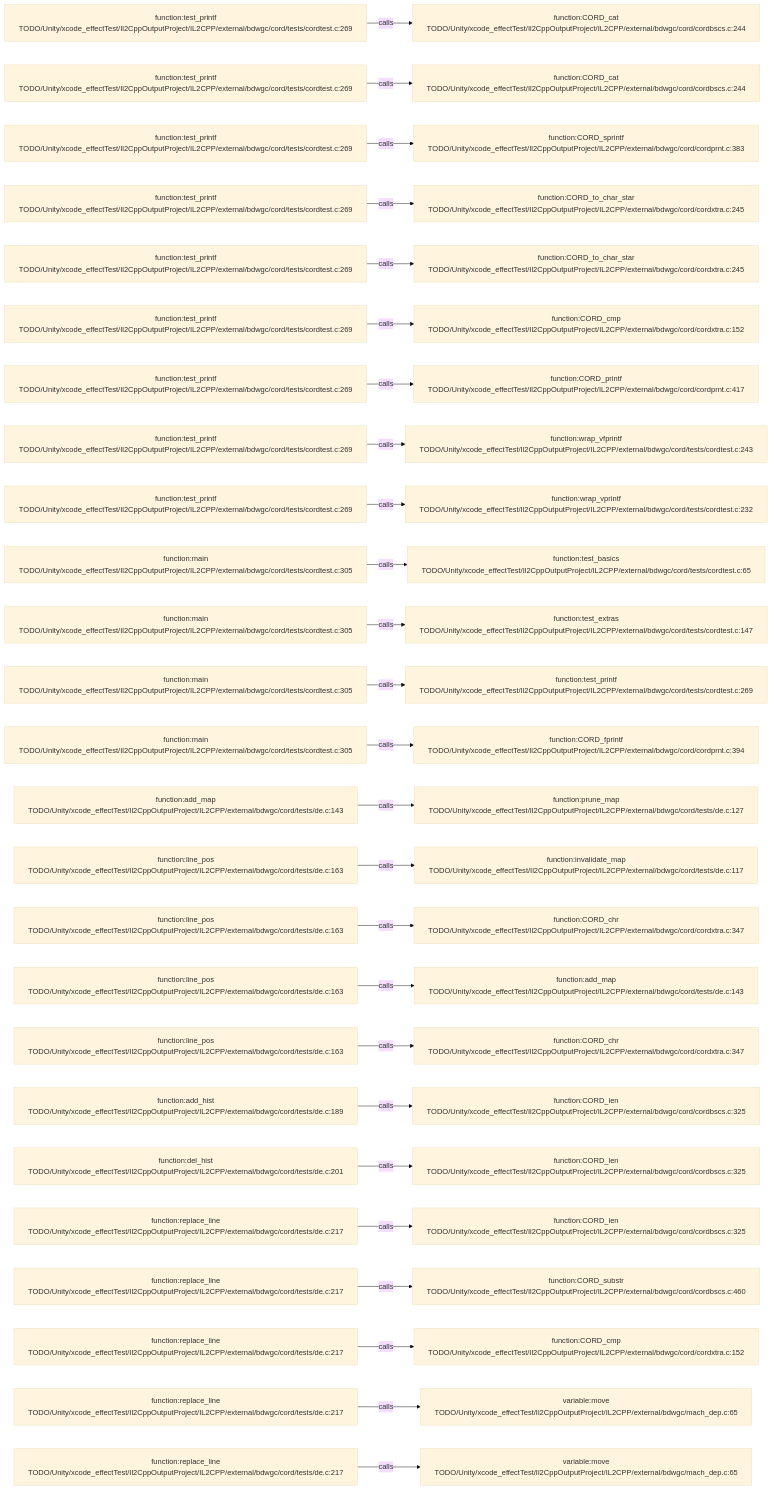
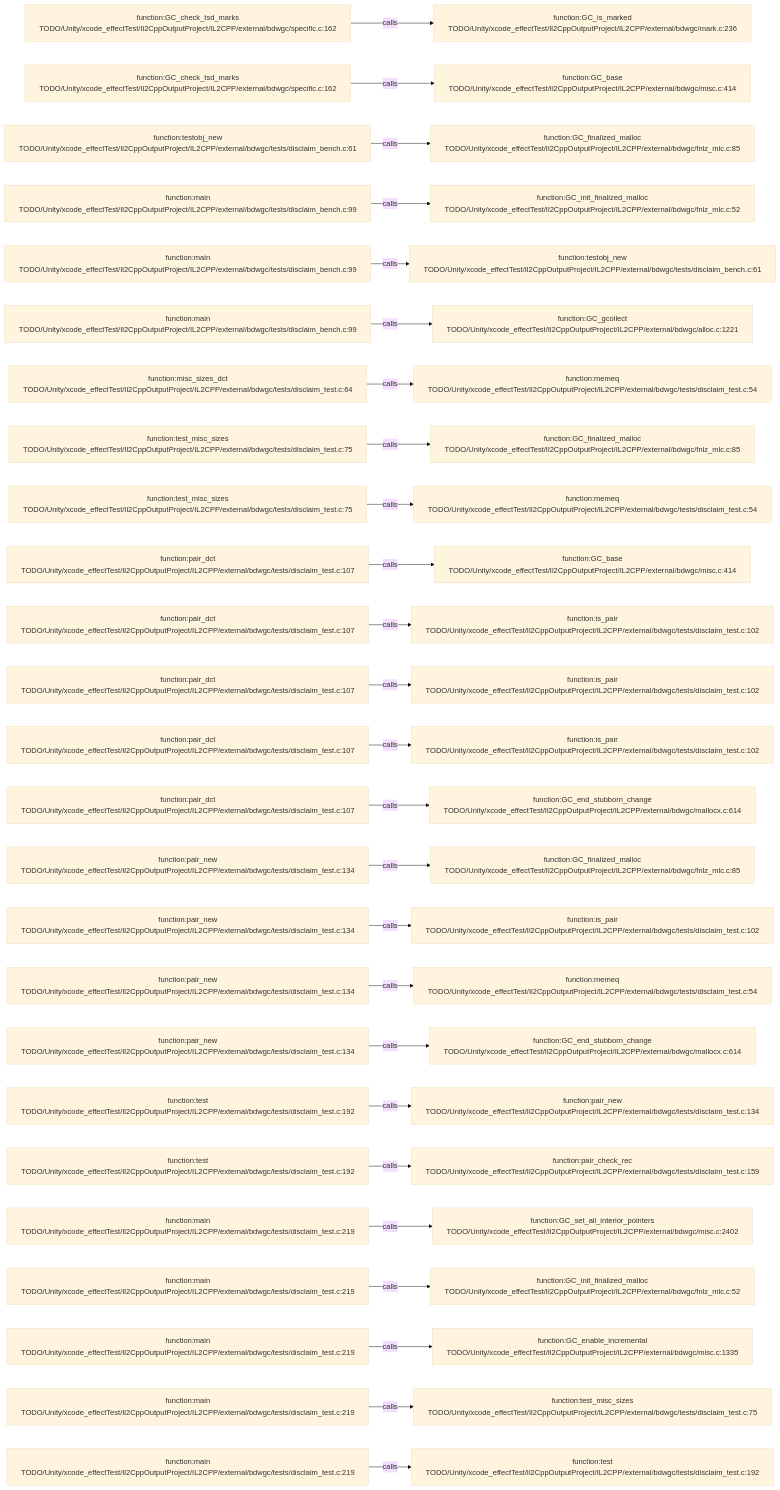
Before and after one commit to JobsKits/JobsSwiftBaseConfigDemo: the diagram in .codegraph/codegraph.md/graphs/calls-159.md, drawn with Mermaid (base theme). The commit also changed 227 other files, not shown here.

````diff
--- a/.codegraph/codegraph.md/graphs/calls-159.md
+++ b/.codegraph/codegraph.md/graphs/calls-159.md
@@ -13,78 +13,78 @@
 ```mermaid
 flowchart LR
-  S1["function:test_printf<br/>TODO/Unity/xcode_effectTest/Il2CppOutputProject/IL2CPP/external/bdwgc/cord/tests/cordtest.c:269"]
-  T1["function:CORD_cat<br/>TODO/Unity/xcode_effectTest/Il2CppOutputProject/IL2CPP/external/bdwgc/cord/cordbscs.c:244"]
+  S1["function:GC_check_tsd_marks<br/>TODO/Unity/xcode_effectTest/Il2CppOutputProject/IL2CPP/external/bdwgc/specific.c:162"]
+  T1["function:GC_is_marked<br/>TODO/Unity/xcode_effectTest/Il2CppOutputProject/IL2CPP/external/bdwgc/mark.c:236"]
   S1 -->|calls| T1
-  S2["function:test_printf<br/>TODO/Unity/xcode_effectTest/Il2CppOutputProject/IL2CPP/external/bdwgc/cord/tests/cordtest.c:269"]
-  T2["function:CORD_cat<br/>TODO/Unity/xcode_effectTest/Il2CppOutputProject/IL2CPP/external/bdwgc/cord/cordbscs.c:244"]
+  S2["function:GC_check_tsd_marks<br/>TODO/Unity/xcode_effectTest/Il2CppOutputProject/IL2CPP/external/bdwgc/specific.c:162"]
+  T2["function:GC_base<br/>TODO/Unity/xcode_effectTest/Il2CppOutputProject/IL2CPP/external/bdwgc/misc.c:414"]
   S2 -->|calls| T2
-  S3["function:test_printf<br/>TODO/Unity/xcode_effectTest/Il2CppOutputProject/IL2CPP/external/bdwgc/cord/tests/cordtest.c:269"]
-  T3["function:CORD_sprintf<br/>TODO/Unity/xcode_effectTest/Il2CppOutputProject/IL2CPP/external/bdwgc/cord/cordprnt.c:383"]
+  S3["function:testobj_new<br/>TODO/Unity/xcode_effectTest/Il2CppOutputProject/IL2CPP/external/bdwgc/tests/disclaim_bench.c:61"]
+  T3["function:GC_finalized_malloc<br/>TODO/Unity/xcode_effectTest/Il2CppOutputProject/IL2CPP/external/bdwgc/fnlz_mlc.c:85"]
   S3 -->|calls| T3
-  S4["function:test_printf<br/>TODO/Unity/xcode_effectTest/Il2CppOutputProject/IL2CPP/external/bdwgc/cord/tests/cordtest.c:269"]
-  T4["function:CORD_to_char_star<br/>TODO/Unity/xcode_effectTest/Il2CppOutputProject/IL2CPP/external/bdwgc/cord/cordxtra.c:245"]
+  S4["function:main<br/>TODO/Unity/xcode_effectTest/Il2CppOutputProject/IL2CPP/external/bdwgc/tests/disclaim_bench.c:99"]
+  T4["function:GC_init_finalized_malloc<br/>TODO/Unity/xcode_effectTest/Il2CppOutputProject/IL2CPP/external/bdwgc/fnlz_mlc.c:52"]
   S4 -->|calls| T4
-  S5["function:test_printf<br/>TODO/Unity/xcode_effectTest/Il2CppOutputProject/IL2CPP/external/bdwgc/cord/tests/cordtest.c:269"]
-  T5["function:CORD_to_char_star<br/>TODO/Unity/xcode_effectTest/Il2CppOutputProject/IL2CPP/external/bdwgc/cord/cordxtra.c:245"]
+  S5["function:main<br/>TODO/Unity/xcode_effectTest/Il2CppOutputProject/IL2CPP/external/bdwgc/tests/disclaim_bench.c:99"]
+  T5["function:testobj_new<br/>TODO/Unity/xcode_effectTest/Il2CppOutputProject/IL2CPP/external/bdwgc/tests/disclaim_bench.c:61"]
   S5 -->|calls| T5
-  S6["function:test_printf<br/>TODO/Unity/xcode_effectTest/Il2CppOutputProject/IL2CPP/external/bdwgc/cord/tests/cordtest.c:269"]
-  T6["function:CORD_cmp<br/>TODO/Unity/xcode_effectTest/Il2CppOutputProject/IL2CPP/external/bdwgc/cord/cordxtra.c:152"]
+  S6["function:main<br/>TODO/Unity/xcode_effectTest/Il2CppOutputProject/IL2CPP/external/bdwgc/tests/disclaim_bench.c:99"]
+  T6["function:GC_gcollect<br/>TODO/Unity/xcode_effectTest/Il2CppOutputProject/IL2CPP/external/bdwgc/alloc.c:1221"]
   S6 -->|calls| T6
-  S7["function:test_printf<br/>TODO/Unity/xcode_effectTest/Il2CppOutputProject/IL2CPP/external/bdwgc/cord/tests/cordtest.c:269"]
-  T7["function:CORD_printf<br/>TODO/Unity/xcode_effectTest/Il2CppOutputProject/IL2CPP/external/bdwgc/cord/cordprnt.c:417"]
+  S7["function:misc_sizes_dct<br/>TODO/Unity/xcode_effectTest/Il2CppOutputProject/IL2CPP/external/bdwgc/tests/disclaim_test.c:64"]
+  T7["function:memeq<br/>TODO/Unity/xcode_effectTest/Il2CppOutputProject/IL2CPP/external/bdwgc/tests/disclaim_test.c:54"]
   S7 -->|calls| T7
-  S8["function:test_printf<br/>TODO/Unity/xcode_effectTest/Il2CppOutputProject/IL2CPP/external/bdwgc/cord/tests/cordtest.c:269"]
-  T8["function:wrap_vfprintf<br/>TODO/Unity/xcode_effectTest/Il2CppOutputProject/IL2CPP/external/bdwgc/cord/tests/cordtest.c:243"]
+  S8["function:test_misc_sizes<br/>TODO/Unity/xcode_effectTest/Il2CppOutputProject/IL2CPP/external/bdwgc/tests/disclaim_test.c:75"]
+  T8["function:GC_finalized_malloc<br/>TODO/Unity/xcode_effectTest/Il2CppOutputProject/IL2CPP/external/bdwgc/fnlz_mlc.c:85"]
   S8 -->|calls| T8
-  S9["function:test_printf<br/>TODO/Unity/xcode_effectTest/Il2CppOutputProject/IL2CPP/external/bdwgc/cord/tests/cordtest.c:269"]
-  T9["function:wrap_vprintf<br/>TODO/Unity/xcode_effectTest/Il2CppOutputProject/IL2CPP/external/bdwgc/cord/tests/cordtest.c:232"]
+  S9["function:test_misc_sizes<br/>TODO/Unity/xcode_effectTest/Il2CppOutputProject/IL2CPP/external/bdwgc/tests/disclaim_test.c:75"]
+  T9["function:memeq<br/>TODO/Unity/xcode_effectTest/Il2CppOutputProject/IL2CPP/external/bdwgc/tests/disclaim_test.c:54"]
   S9 -->|calls| T9
-  S10["function:main<br/>TODO/Unity/xcode_effectTest/Il2CppOutputProject/IL2CPP/external/bdwgc/cord/tests/cordtest.c:305"]
-  T10["function:test_basics<br/>TODO/Unity/xcode_effectTest/Il2CppOutputProject/IL2CPP/external/bdwgc/cord/tests/cordtest.c:65"]
+  S10["function:pair_dct<br/>TODO/Unity/xcode_effectTest/Il2CppOutputProject/IL2CPP/external/bdwgc/tests/disclaim_test.c:107"]
+  T10["function:GC_base<br/>TODO/Unity/xcode_effectTest/Il2CppOutputProject/IL2CPP/external/bdwgc/misc.c:414"]
   S10 -->|calls| T10
-  S11["function:main<br/>TODO/Unity/xcode_effectTest/Il2CppOutputProject/IL2CPP/external/bdwgc/cord/tests/cordtest.c:305"]
-  T11["function:test_extras<br/>TODO/Unity/xcode_effectTest/Il2CppOutputProject/IL2CPP/external/bdwgc/cord/tests/cordtest.c:147"]
+  S11["function:pair_dct<br/>TODO/Unity/xcode_effectTest/Il2CppOutputProject/IL2CPP/external/bdwgc/tests/disclaim_test.c:107"]
+  T11["function:is_pair<br/>TODO/Unity/xcode_effectTest/Il2CppOutputProject/IL2CPP/external/bdwgc/tests/disclaim_test.c:102"]
   S11 -->|calls| T11
-  S12["function:main<br/>TODO/Unity/xcode_effectTest/Il2CppOutputProject/IL2CPP/external/bdwgc/cord/tests/cordtest.c:305"]
-  T12["function:test_printf<br/>TODO/Unity/xcode_effectTest/Il2CppOutputProject/IL2CPP/external/bdwgc/cord/tests/cordtest.c:269"]
+  S12["function:pair_dct<br/>TODO/Unity/xcode_effectTest/Il2CppOutputProject/IL2CPP/external/bdwgc/tests/disclaim_test.c:107"]
+  T12["function:is_pair<br/>TODO/Unity/xcode_effectTest/Il2CppOutputProject/IL2CPP/external/bdwgc/tests/disclaim_test.c:102"]
   S12 -->|calls| T12
-  S13["function:main<br/>TODO/Unity/xcode_effectTest/Il2CppOutputProject/IL2CPP/external/bdwgc/cord/tests/cordtest.c:305"]
-  T13["function:CORD_fprintf<br/>TODO/Unity/xcode_effectTest/Il2CppOutputProject/IL2CPP/external/bdwgc/cord/cordprnt.c:394"]
+  S13["function:pair_dct<br/>TODO/Unity/xcode_effectTest/Il2CppOutputProject/IL2CPP/external/bdwgc/tests/disclaim_test.c:107"]
+  T13["function:is_pair<br/>TODO/Unity/xcode_effectTest/Il2CppOutputProject/IL2CPP/external/bdwgc/tests/disclaim_test.c:102"]
   S13 -->|calls| T13
-  S14["function:add_map<br/>TODO/Unity/xcode_effectTest/Il2CppOutputProject/IL2CPP/external/bdwgc/cord/tests/de.c:143"]
-  T14["function:prune_map<br/>TODO/Unity/xcode_effectTest/Il2CppOutputProject/IL2CPP/external/bdwgc/cord/tests/de.c:127"]
+  S14["function:pair_dct<br/>TODO/Unity/xcode_effectTest/Il2CppOutputProject/IL2CPP/external/bdwgc/tests/disclaim_test.c:107"]
+  T14["function:GC_end_stubborn_change<br/>TODO/Unity/xcode_effectTest/Il2CppOutputProject/IL2CPP/external/bdwgc/mallocx.c:614"]
   S14 -->|calls| T14
-  S15["function:line_pos<br/>TODO/Unity/xcode_effectTest/Il2CppOutputProject/IL2CPP/external/bdwgc/cord/tests/de.c:163"]
-  T15["function:invalidate_map<br/>TODO/Unity/xcode_effectTest/Il2CppOutputProject/IL2CPP/external/bdwgc/cord/tests/de.c:117"]
+  S15["function:pair_new<br/>TODO/Unity/xcode_effectTest/Il2CppOutputProject/IL2CPP/external/bdwgc/tests/disclaim_test.c:134"]
+  T15["function:GC_finalized_malloc<br/>TODO/Unity/xcode_effectTest/Il2CppOutputProject/IL2CPP/external/bdwgc/fnlz_mlc.c:85"]
   S15 -->|calls| T15
-  S16["function:line_pos<br/>TODO/Unity/xcode_effectTest/Il2CppOutputProject/IL2CPP/external/bdwgc/cord/tests/de.c:163"]
-  T16["function:CORD_chr<br/>TODO/Unity/xcode_effectTest/Il2CppOutputProject/IL2CPP/external/bdwgc/cord/cordxtra.c:347"]
+  S16["function:pair_new<br/>TODO/Unity/xcode_effectTest/Il2CppOutputProject/IL2CPP/external/bdwgc/tests/disclaim_test.c:134"]
+  T16["function:is_pair<br/>TODO/Unity/xcode_effectTest/Il2CppOutputProject/IL2CPP/external/bdwgc/tests/disclaim_test.c:102"]
   S16 -->|calls| T16
-  S17["function:line_pos<br/>TODO/Unity/xcode_effectTest/Il2CppOutputProject/IL2CPP/external/bdwgc/cord/tests/de.c:163"]
-  T17["function:add_map<br/>TODO/Unity/xcode_effectTest/Il2CppOutputProject/IL2CPP/external/bdwgc/cord/tests/de.c:143"]
+  S17["function:pair_new<br/>TODO/Unity/xcode_effectTest/Il2CppOutputProject/IL2CPP/external/bdwgc/tests/disclaim_test.c:134"]
+  T17["function:memeq<br/>TODO/Unity/xcode_effectTest/Il2CppOutputProject/IL2CPP/external/bdwgc/tests/disclaim_test.c:54"]
   S17 -->|calls| T17
-  S18["function:line_pos<br/>TODO/Unity/xcode_effectTest/Il2CppOutputProject/IL2CPP/external/bdwgc/cord/tests/de.c:163"]
-  T18["function:CORD_chr<br/>TODO/Unity/xcode_effectTest/Il2CppOutputProject/IL2CPP/external/bdwgc/cord/cordxtra.c:347"]
+  S18["function:pair_new<br/>TODO/Unity/xcode_effectTest/Il2CppOutputProject/IL2CPP/external/bdwgc/tests/disclaim_test.c:134"]
+  T18["function:GC_end_stubborn_change<br/>TODO/Unity/xcode_effectTest/Il2CppOutputProject/IL2CPP/external/bdwgc/mallocx.c:614"]
   S18 -->|calls| T18
-  S19["function:add_hist<br/>TODO/Unity/xcode_effectTest/Il2CppOutputProject/IL2CPP/external/bdwgc/cord/tests/de.c:189"]
-  T19["function:CORD_len<br/>TODO/Unity/xcode_effectTest/Il2CppOutputProject/IL2CPP/external/bdwgc/cord/cordbscs.c:325"]
+  S19["function:test<br/>TODO/Unity/xcode_effectTest/Il2CppOutputProject/IL2CPP/external/bdwgc/tests/disclaim_test.c:192"]
+  T19["function:pair_new<br/>TODO/Unity/xcode_effectTest/Il2CppOutputProject/IL2CPP/external/bdwgc/tests/disclaim_test.c:134"]
   S19 -->|calls| T19
-  S20["function:del_hist<br/>TODO/Unity/xcode_effectTest/Il2CppOutputProject/IL2CPP/external/bdwgc/cord/tests/de.c:201"]
-  T20["function:CORD_len<br/>TODO/Unity/xcode_effectTest/Il2CppOutputProject/IL2CPP/external/bdwgc/cord/cordbscs.c:325"]
+  S20["function:test<br/>TODO/Unity/xcode_effectTest/Il2CppOutputProject/IL2CPP/external/bdwgc/tests/disclaim_test.c:192"]
+  T20["function:pair_check_rec<br/>TODO/Unity/xcode_effectTest/Il2CppOutputProject/IL2CPP/external/bdwgc/tests/disclaim_test.c:159"]
   S20 -->|calls| T20
-  S21["function:replace_line<br/>TODO/Unity/xcode_effectTest/Il2CppOutputProject/IL2CPP/external/bdwgc/cord/tests/de.c:217"]
-  T21["function:CORD_len<br/>TODO/Unity/xcode_effectTest/Il2CppOutputProject/IL2CPP/external/bdwgc/cord/cordbscs.c:325"]
+  S21["function:main<br/>TODO/Unity/xcode_effectTest/Il2CppOutputProject/IL2CPP/external/bdwgc/tests/disclaim_test.c:219"]
+  T21["function:GC_set_all_interior_pointers<br/>TODO/Unity/xcode_effectTest/Il2CppOutputProject/IL2CPP/external/bdwgc/misc.c:2402"]
   S21 -->|calls| T21
-  S22["function:replace_line<br/>TODO/Unity/xcode_effectTest/Il2CppOutputProject/IL2CPP/external/bdwgc/cord/tests/de.c:217"]
-  T22["function:CORD_substr<br/>TODO/Unity/xcode_effectTest/Il2CppOutputProject/IL2CPP/external/bdwgc/cord/cordbscs.c:460"]
+  S22["function:main<br/>TODO/Unity/xcode_effectTest/Il2CppOutputProject/IL2CPP/external/bdwgc/tests/disclaim_test.c:219"]
+  T22["function:GC_init_finalized_malloc<br/>TODO/Unity/xcode_effectTest/Il2CppOutputProject/IL2CPP/external/bdwgc/fnlz_mlc.c:52"]
   S22 -->|calls| T22
-  S23["function:replace_line<br/>TODO/Unity/xcode_effectTest/Il2CppOutputProject/IL2CPP/external/bdwgc/cord/tests/de.c:217"]
-  T23["function:CORD_cmp<br/>TODO/Unity/xcode_effectTest/Il2CppOutputProject/IL2CPP/external/bdwgc/cord/cordxtra.c:152"]
+  S23["function:main<br/>TODO/Unity/xcode_effectTest/Il2CppOutputProject/IL2CPP/external/bdwgc/tests/disclaim_test.c:219"]
+  T23["function:GC_enable_incremental<br/>TODO/Unity/xcode_effectTest/Il2CppOutputProject/IL2CPP/external/bdwgc/misc.c:1335"]
   S23 -->|calls| T23
-  S24["function:replace_line<br/>TODO/Unity/xcode_effectTest/Il2CppOutputProject/IL2CPP/external/bdwgc/cord/tests/de.c:217"]
-  T24["variable:move<br/>TODO/Unity/xcode_effectTest/Il2CppOutputProject/IL2CPP/external/bdwgc/mach_dep.c:65"]
+  S24["function:main<br/>TODO/Unity/xcode_effectTest/Il2CppOutputProject/IL2CPP/external/bdwgc/tests/disclaim_test.c:219"]
+  T24["function:test_misc_sizes<br/>TODO/Unity/xcode_effectTest/Il2CppOutputProject/IL2CPP/external/bdwgc/tests/disclaim_test.c:75"]
   S24 -->|calls| T24
-  S25["function:replace_line<br/>TODO/Unity/xcode_effectTest/Il2CppOutputProject/IL2CPP/external/bdwgc/cord/tests/de.c:217"]
-  T25["variable:move<br/>TODO/Unity/xcode_effectTest/Il2CppOutputProject/IL2CPP/external/bdwgc/mach_dep.c:65"]
+  S25["function:main<br/>TODO/Unity/xcode_effectTest/Il2CppOutputProject/IL2CPP/external/bdwgc/tests/disclaim_test.c:219"]
+  T25["function:test<br/>TODO/Unity/xcode_effectTest/Il2CppOutputProject/IL2CPP/external/bdwgc/tests/disclaim_test.c:192"]
   S25 -->|calls| T25
 ```
````
